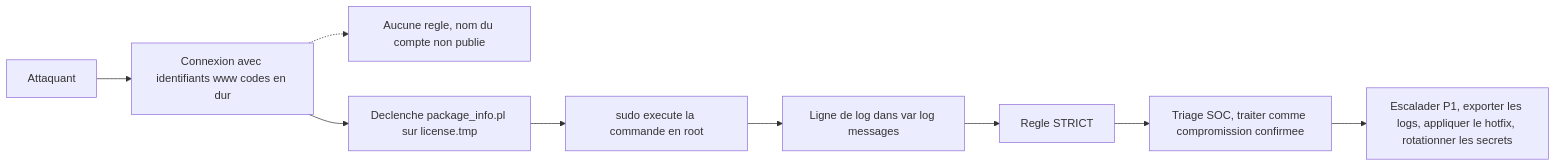
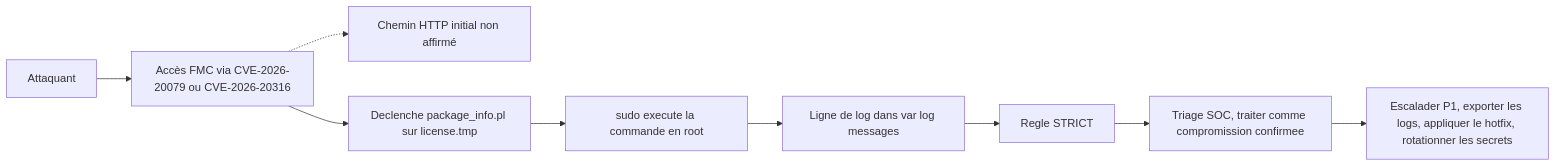
The diagram in CVE-2026-20316_Cisco_FMC_Static_Credential/diagrams/DIAGRAM_CVE-2026-20316_ATTACK_DETECTION_RESPONSE_FR.mmd (Hatchepsoute/sigma-rules), drawn with Mermaid before and after one commit. The commit also changed 130 other files, not shown here.

```diff
--- a/CVE-2026-20316_Cisco_FMC_Static_Credential/diagrams/DIAGRAM_CVE-2026-20316_ATTACK_DETECTION_RESPONSE_FR.mmd
+++ b/CVE-2026-20316_Cisco_FMC_Static_Credential/diagrams/DIAGRAM_CVE-2026-20316_ATTACK_DETECTION_RESPONSE_FR.mmd
@@ -1,9 +1,9 @@
 flowchart LR
-    A[Attaquant] --> B[Connexion avec identifiants www codes en dur]
-    B -.-> C[Aucune regle, nom du compte non publie]
+    A[Attaquant] --> B[Accès FMC via CVE-2026-20079 ou CVE-2026-20316]
+    B -.-> C[Chemin HTTP initial non affirmé]
     B --> D[Declenche package_info.pl sur license.tmp]
     D --> E[sudo execute la commande en root]
     E --> F[Ligne de log dans var log messages]
     F --> G[Regle STRICT]
     G --> H[Triage SOC, traiter comme compromission confirmee]
     H --> I[Escalader P1, exporter les logs, appliquer le hotfix, rotationner les secrets]
```
